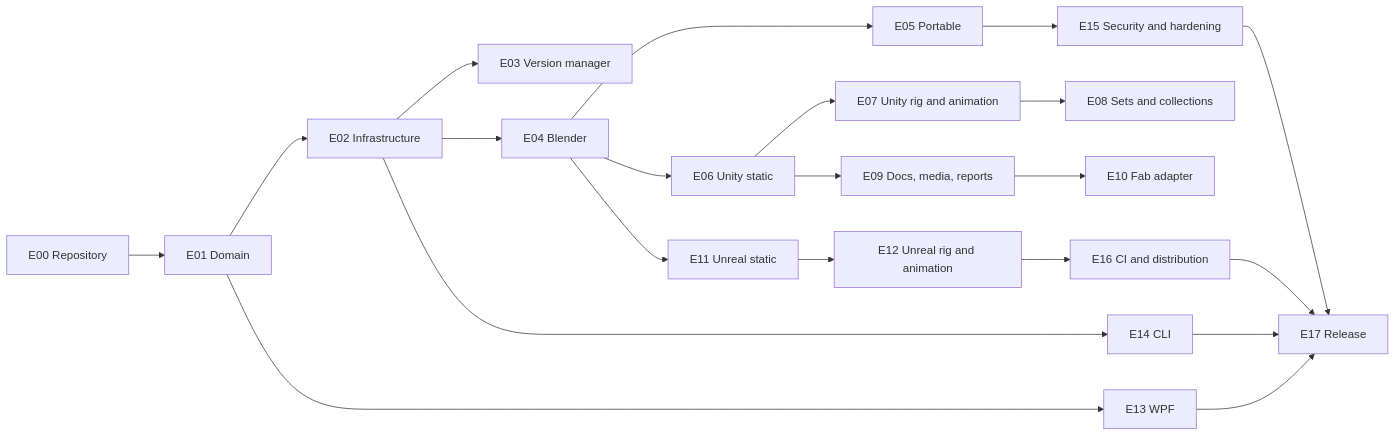
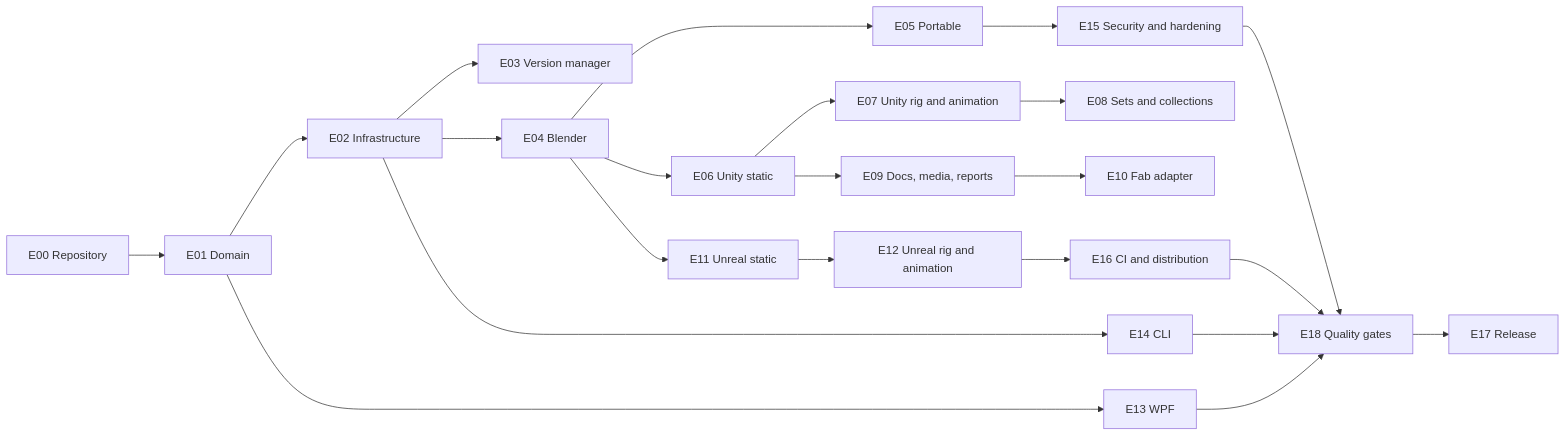
One commit to avivperets26/3DModels-Package-Builder changed the diagram in docs/IMPLEMENTATION_BACKLOG.md. Above: the diagram before and after it, drawn with Mermaid. The commit also changed other lines of this file and 4 other files, not shown here.

````diff
--- a/docs/IMPLEMENTATION_BACKLOG.md
+++ b/docs/IMPLEMENTATION_BACKLOG.md
@@ -134,23 +157,24 @@
 ```mermaid
 flowchart LR
     E00["E00 Repository"] --> E01["E01 Domain"]
     E01 --> E02["E02 Infrastructure"]
     E02 --> E03["E03 Version manager"]
     E02 --> E04["E04 Blender"]
     E04 --> E05["E05 Portable"]
     E04 --> E06["E06 Unity static"]
     E06 --> E07["E07 Unity rig and animation"]
     E07 --> E08["E08 Sets and collections"]
     E06 --> E09["E09 Docs, media, reports"]
     E09 --> E10["E10 Fab adapter"]
     E04 --> E11["E11 Unreal static"]
     E11 --> E12["E12 Unreal rig and animation"]
     E01 --> E13["E13 WPF"]
     E02 --> E14["E14 CLI"]
     E05 --> E15["E15 Security and hardening"]
     E12 --> E16["E16 CI and distribution"]
-    E13 --> E17["E17 Release"]
-    E14 --> E17
-    E15 --> E17
-    E16 --> E17
+    E13 --> E18["E18 Quality gates"]
+    E14 --> E18
+    E15 --> E18
+    E16 --> E18
+    E18 --> E17["E17 Release"]
 ```
````
